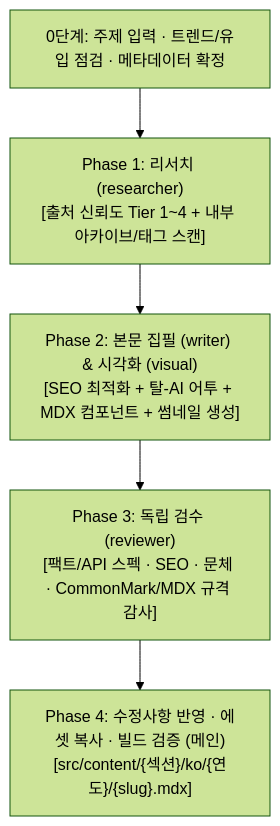
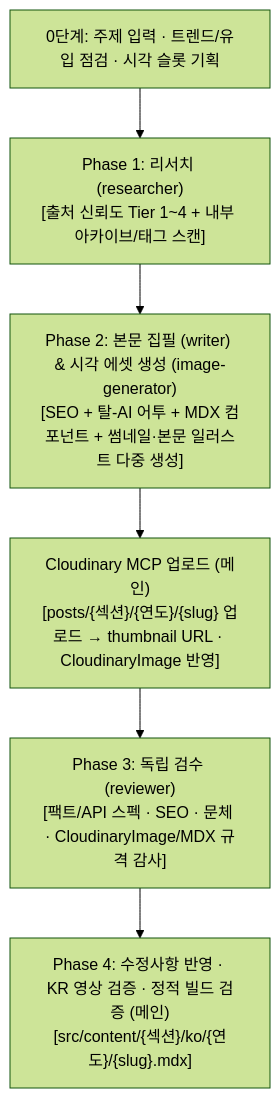
One commit to veryfaraway/blog-astro-eone changed the diagram in .agents/skills/blog/SKILL.md. Above: the diagram before and after it, drawn with Mermaid (forest theme). The commit also changed other lines of this file and 30 other files, not shown here.

````diff
--- a/.agents/skills/blog/SKILL.md
+++ b/.agents/skills/blog/SKILL.md
@@ -17,7 +17,8 @@
 ```mermaid
 flowchart TD
-    Start["0단계: 주제 입력 · 트렌드/유입 점검 · 메타데이터 확정"] --> Phase1["Phase 1: 리서치 (researcher)\n[출처 신뢰도 Tier 1~4 + 내부 아카이브/태그 스캔]"]
-    Phase1 --> Phase2["Phase 2: 본문 집필 (writer) & 시각화 (visual)\n[SEO 최적화 + 탈-AI 어투 + MDX 컴포넌트 + 썸네일 생성]"]
-    Phase2 --> Phase3["Phase 3: 독립 검수 (reviewer)\n[팩트/API 스펙 · SEO · 문체 · CommonMark/MDX 규격 감사]"]
-    Phase3 --> Phase4["Phase 4: 수정사항 반영 · 에셋 복사 · 빌드 검증 (메인)\n[src/content/{섹션}/ko/{연도}/{slug}.mdx]"]
+    Start["0단계: 주제 입력 · 트렌드/유입 점검 · 시각 슬롯 기획"] --> Phase1["Phase 1: 리서치 (researcher)\n[출처 신뢰도 Tier 1~4 + 내부 아카이브/태그 스캔]"]
+    Phase1 --> Phase2["Phase 2: 본문 집필 (writer) & 시각 에셋 생성 (image-generator)\n[SEO + 탈-AI 어투 + MDX 컴포넌트 + 썸네일·본문 일러스트 다중 생성]"]
+    Phase2 --> Upload["Cloudinary MCP 업로드 (메인)\n[posts/{섹션}/{연도}/{slug} 업로드 → thumbnail URL · CloudinaryImage 반영]"]
+    Upload --> Phase3["Phase 3: 독립 검수 (reviewer)\n[팩트/API 스펙 · SEO · 문체 · CloudinaryImage/MDX 규격 감사]"]
+    Phase3 --> Phase4["Phase 4: 수정사항 반영 · KR 영상 검증 · 정적 빌드 검증 (메인)\n[src/content/{섹션}/ko/{연도}/{slug}.mdx]"]
 ```
````
